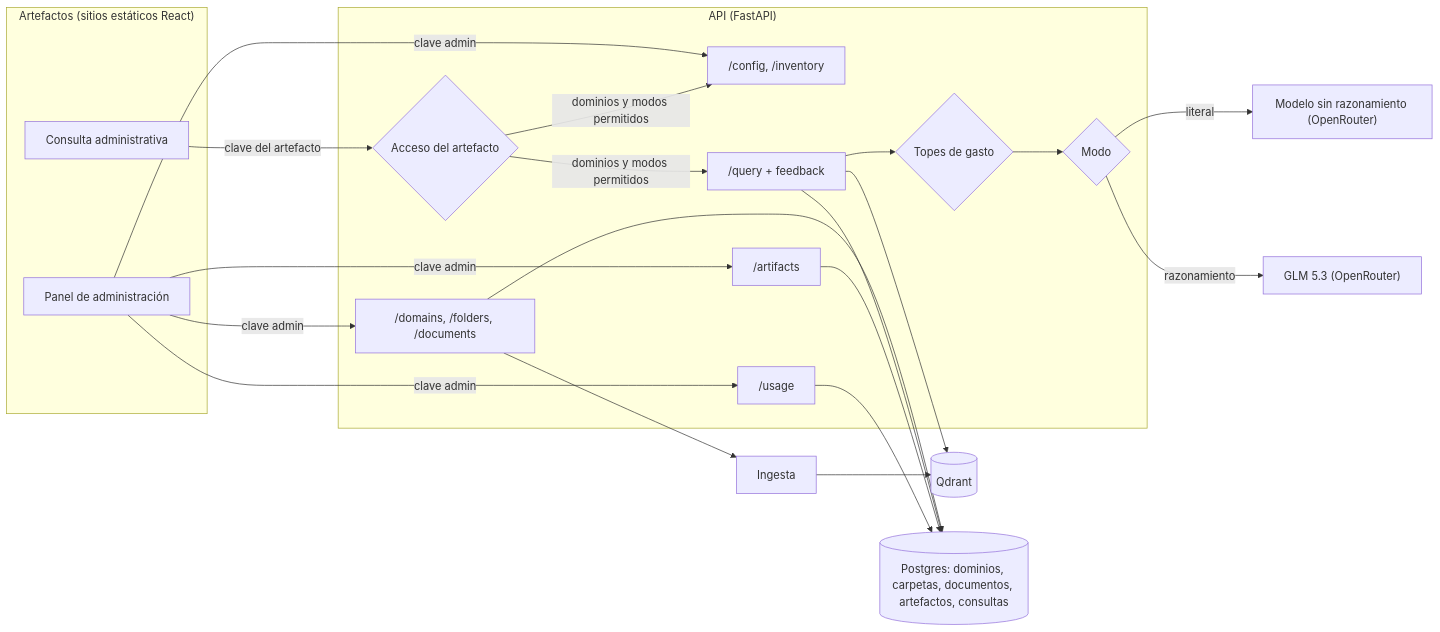
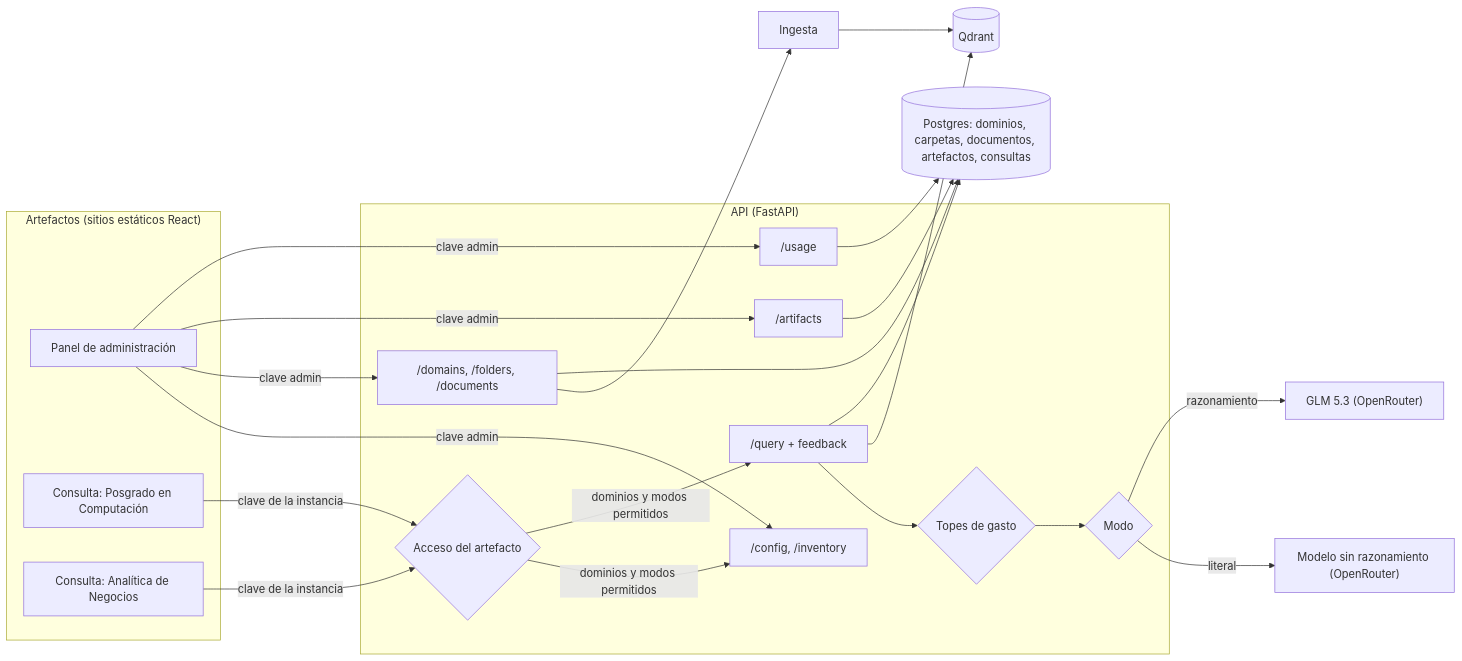
The diagram in docs/Definicion_Requerimientos_V2.md (K-lobiTo/MIA), drawn with Mermaid before and after one commit. The commit also changed other lines of this file, not shown here.

Commit message:
Definir dos instancias de la Consulta administrativa: Posgrado en Computación y Analítica de Negocios

````diff
--- a/docs/Definicion_Requerimientos_V2.md
+++ b/docs/Definicion_Requerimientos_V2.md
@@ -268,29 +288,30 @@
 ```mermaid
 flowchart LR
     subgraph Artefactos["Artefactos (sitios estáticos React)"]
         ADM[Panel de administración]
-        CON[Consulta administrativa]
+        CONC["Consulta: Posgrado en Computación"]
+        CONA["Consulta: Analítica de Negocios"]
     end
 
     subgraph API["API (FastAPI)"]
         CFG["/config, /inventory"]
         DOM["/domains, /folders, /documents"]
         ART["/artifacts"]
         ACC{Acceso del artefacto}
         Q["/query + feedback"]
         USO["/usage"]
         TOPE{Topes de gasto}
         MODOS{Modo}
     end
 
     ADM -->|clave admin| CFG & DOM & ART & USO
-    CON -->|clave del artefacto| ACC
+    CONC & CONA -->|clave de la instancia| ACC
     ACC -->|dominios y modos permitidos| CFG & Q
     Q --> TOPE --> MODOS
     MODOS -->|literal| LIT["Modelo sin razonamiento (OpenRouter)"]
     MODOS -->|razonamiento| GLM["GLM 5.3 (OpenRouter)"]
     DOM --> ING[Ingesta]
     ING --> QD[(Qdrant)]
     Q --> QD
     DOM & Q & ART & USO --> PG[(Postgres: dominios, carpetas, documentos, artefactos, consultas)]
 ```
````
